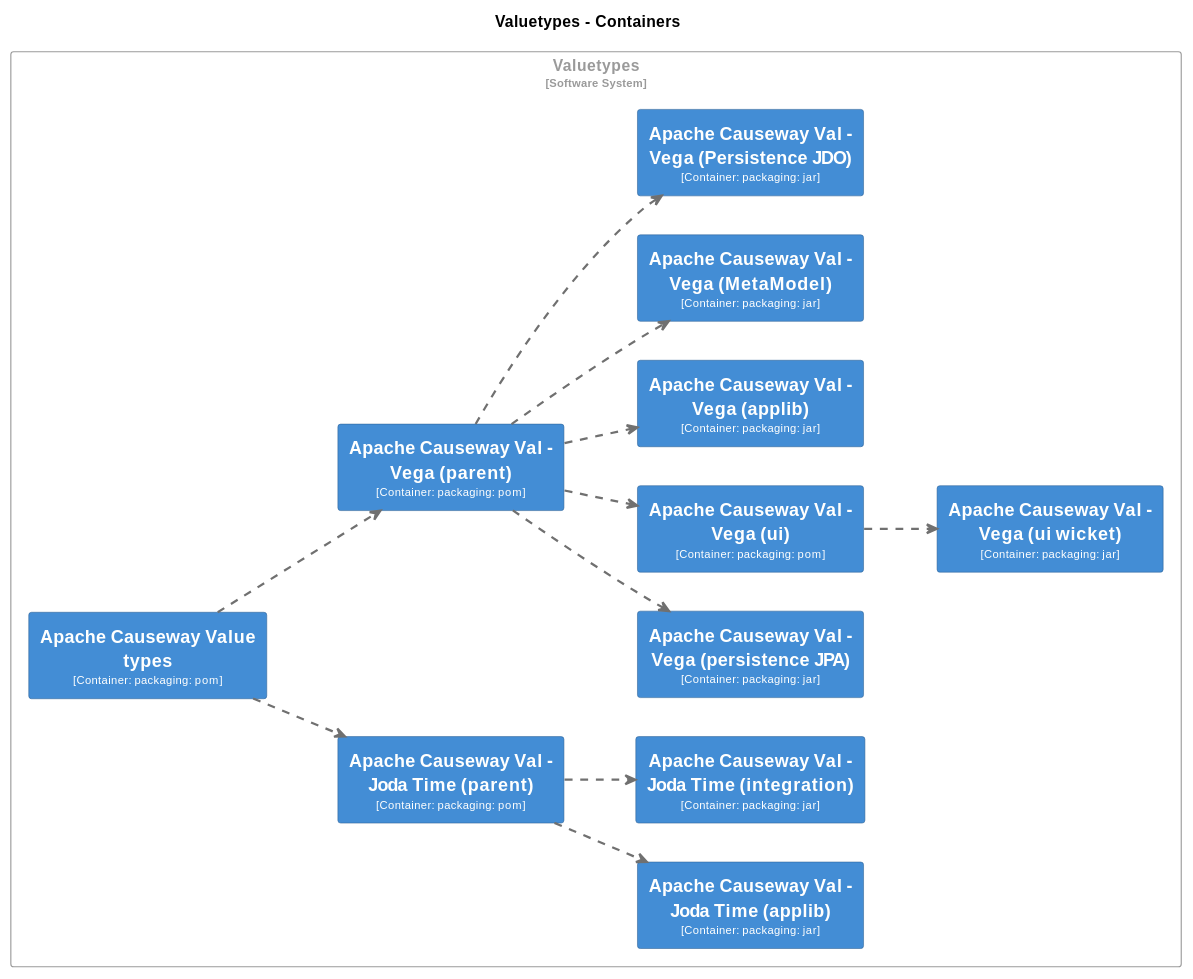
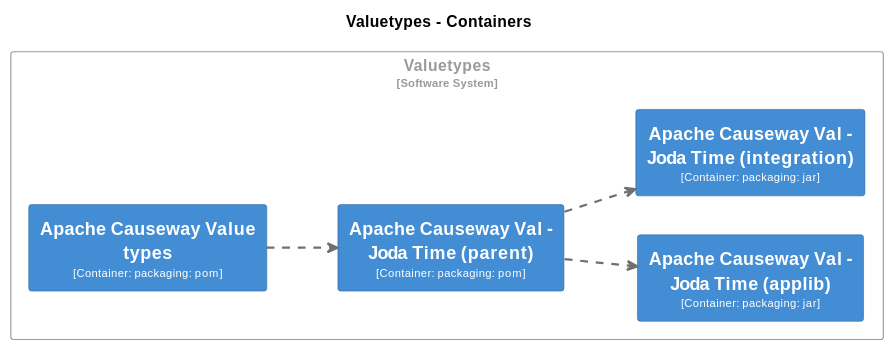
One commit to apache/causeway changed diagram 17 of 33 in core/adoc/modules/_overview/pages/about.adoc. Above: the diagram before and after it, drawn with PlantUML. The commit also changed other lines of this file and 22 other files, not shown here.

```diff
--- a/core/adoc/modules/_overview/pages/about.adoc
+++ b/core/adoc/modules/_overview/pages/about.adoc
@@ -2990,48 +2990,6 @@
   BorderColor #2e6295
   shadowing false
 }
-skinparam rectangle<<Valuetypes.ApacheCausewayValVegaMetaModel>> {
-  BackgroundColor #438dd5
-  FontColor #fffffe
-  BorderColor #2e6295
-  shadowing false
-}
-skinparam rectangle<<Valuetypes.ApacheCausewayValVegaPersistenceJDO>> {
-  BackgroundColor #438dd5
-  FontColor #fffffe
-  BorderColor #2e6295
-  shadowing false
-}
-skinparam rectangle<<Valuetypes.ApacheCausewayValVegaapplib>> {
-  BackgroundColor #438dd5
-  FontColor #fffffe
-  BorderColor #2e6295
-  shadowing false
-}
-skinparam rectangle<<Valuetypes.ApacheCausewayValVegaparent>> {
-  BackgroundColor #438dd5
-  FontColor #fffffe
-  BorderColor #2e6295
-  shadowing false
-}
-skinparam rectangle<<Valuetypes.ApacheCausewayValVegapersistenceJPA>> {
-  BackgroundColor #438dd5
-  FontColor #fffffe
-  BorderColor #2e6295
-  shadowing false
-}
-skinparam rectangle<<Valuetypes.ApacheCausewayValVegauiwicket>> {
-  BackgroundColor #438dd5
-  FontColor #fffffe
-  BorderColor #2e6295
-  shadowing false
-}
-skinparam rectangle<<Valuetypes.ApacheCausewayValVegaui>> {
-  BackgroundColor #438dd5
-  FontColor #fffffe
-  BorderColor #2e6295
-  shadowing false
-}
 skinparam rectangle<<Valuetypes.ApacheCausewayValuetypes>> {
   BackgroundColor #438dd5
   FontColor #fffffe
@@ -3045,28 +3003,14 @@
 }
 
 rectangle "Valuetypes\n<size:10>[Software System]</size>" <<Valuetypes>> {
-  rectangle "==Apache Causeway Val - Vega (persistence JPA)\n<size:10>[Container: packaging: jar]</size>" <<Valuetypes.ApacheCausewayValVegapersistenceJPA>> as Valuetypes.ApacheCausewayValVegapersistenceJPA
-  rectangle "==Apache Causeway Val - Vega (ui)\n<size:10>[Container: packaging: pom]</size>" <<Valuetypes.ApacheCausewayValVegaui>> as Valuetypes.ApacheCausewayValVegaui
-  rectangle "==Apache Causeway Val - Vega (ui wicket)\n<size:10>[Container: packaging: jar]</size>" <<Valuetypes.ApacheCausewayValVegauiwicket>> as Valuetypes.ApacheCausewayValVegauiwicket
   rectangle "==Apache Causeway Value types\n<size:10>[Container: packaging: pom]</size>" <<Valuetypes.ApacheCausewayValuetypes>> as Valuetypes.ApacheCausewayValuetypes
   rectangle "==Apache Causeway Val - Joda Time (parent)\n<size:10>[Container: packaging: pom]</size>" <<Valuetypes.ApacheCausewayValJodaTimeparent>> as Valuetypes.ApacheCausewayValJodaTimeparent
   rectangle "==Apache Causeway Val - Joda Time (applib)\n<size:10>[Container: packaging: jar]</size>" <<Valuetypes.ApacheCausewayValJodaTimeapplib>> as Valuetypes.ApacheCausewayValJodaTimeapplib
   rectangle "==Apache Causeway Val - Joda Time (integration)\n<size:10>[Container: packaging: jar]</size>" <<Valuetypes.ApacheCausewayValJodaTimeintegration>> as Valuetypes.ApacheCausewayValJodaTimeintegration
-  rectangle "==Apache Causeway Val - Vega (parent)\n<size:10>[Container: packaging: pom]</size>" <<Valuetypes.ApacheCausewayValVegaparent>> as Valuetypes.ApacheCausewayValVegaparent
-  rectangle "==Apache Causeway Val - Vega (applib)\n<size:10>[Container: packaging: jar]</size>" <<Valuetypes.ApacheCausewayValVegaapplib>> as Valuetypes.ApacheCausewayValVegaapplib
-  rectangle "==Apache Causeway Val - Vega (MetaModel)\n<size:10>[Container: packaging: jar]</size>" <<Valuetypes.ApacheCausewayValVegaMetaModel>> as Valuetypes.ApacheCausewayValVegaMetaModel
-  rectangle "==Apache Causeway Val - Vega (Persistence JDO)\n<size:10>[Container: packaging: jar]</size>" <<Valuetypes.ApacheCausewayValVegaPersistenceJDO>> as Valuetypes.ApacheCausewayValVegaPersistenceJDO
 }
 
 Valuetypes.ApacheCausewayValuetypes .[#707070,thickness=2].> Valuetypes.ApacheCausewayValJodaTimeparent : "<color:#707070>"
-Valuetypes.ApacheCausewayValuetypes .[#707070,thickness=2].> Valuetypes.ApacheCausewayValVegaparent : "<color:#707070>"
 Valuetypes.ApacheCausewayValJodaTimeparent .[#707070,thickness=2].> Valuetypes.ApacheCausewayValJodaTimeapplib : "<color:#707070>"
 Valuetypes.ApacheCausewayValJodaTimeparent .[#707070,thickness=2].> Valuetypes.ApacheCausewayValJodaTimeintegration : "<color:#707070>"
-Valuetypes.ApacheCausewayValVegaparent .[#707070,thickness=2].> Valuetypes.ApacheCausewayValVegaapplib : "<color:#707070>"
-Valuetypes.ApacheCausewayValVegaparent .[#707070,thickness=2].> Valuetypes.ApacheCausewayValVegaMetaModel : "<color:#707070>"
-Valuetypes.ApacheCausewayValVegaparent .[#707070,thickness=2].> Valuetypes.ApacheCausewayValVegaPersistenceJDO : "<color:#707070>"
-Valuetypes.ApacheCausewayValVegaparent .[#707070,thickness=2].> Valuetypes.ApacheCausewayValVegapersistenceJPA : "<color:#707070>"
-Valuetypes.ApacheCausewayValVegaparent .[#707070,thickness=2].> Valuetypes.ApacheCausewayValVegaui : "<color:#707070>"
-Valuetypes.ApacheCausewayValVegaui .[#707070,thickness=2].> Valuetypes.ApacheCausewayValVegauiwicket : "<color:#707070>"
 @enduml
 ----
```
